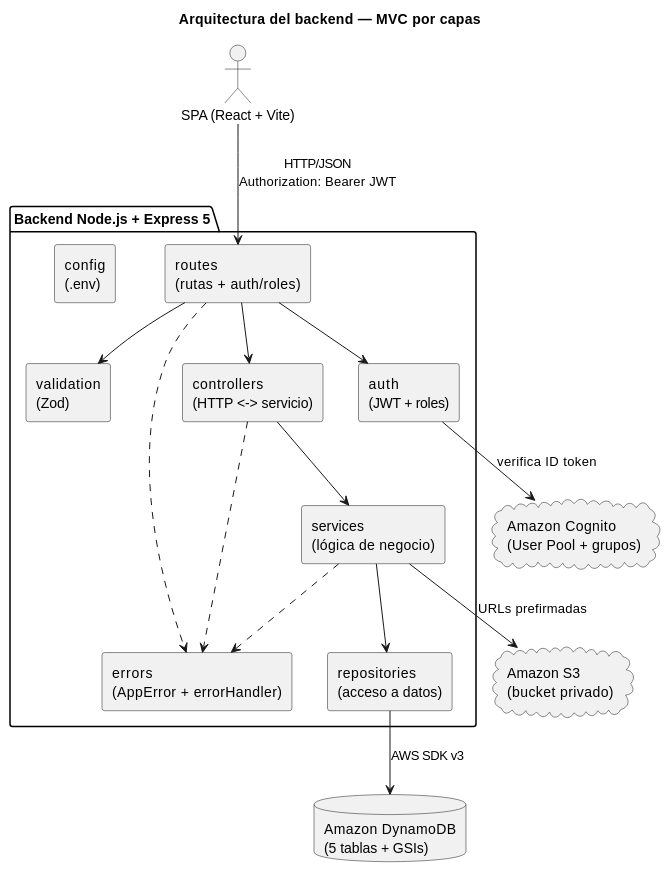
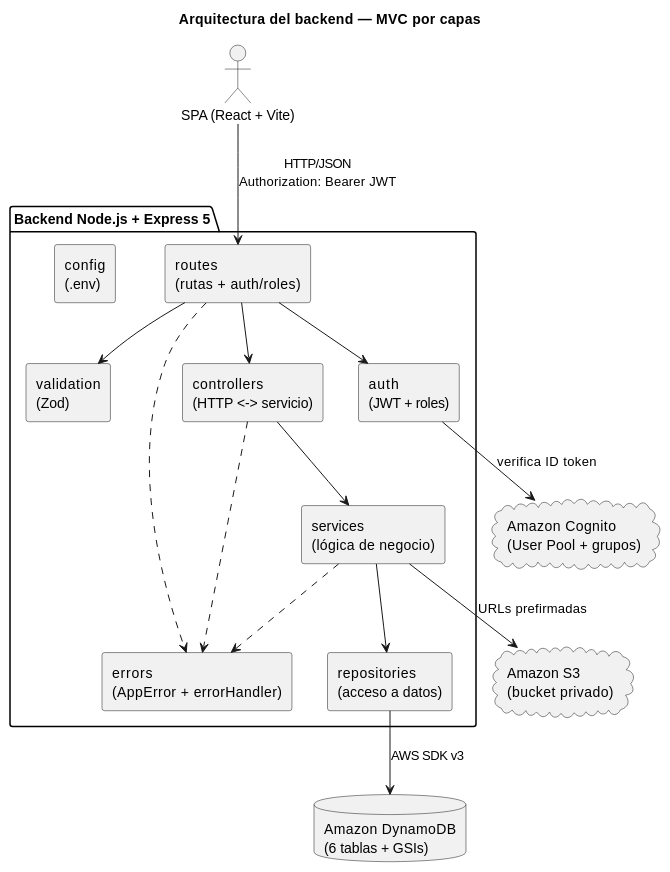
Before and after one commit to dgschahvqvc17/Concesionaria-BMW: the first of 12 diagrams in documentacion/diagramas.md, drawn with PlantUML. The commit also changed other lines of this file and 35 other files, not shown here.

````diff
--- a/documentacion/diagramas.md
+++ b/documentacion/diagramas.md
@@ -33,37 +34,37 @@
 ```plantuml
 @startuml
 title Arquitectura del backend — MVC por capas
 skinparam componentStyle rectangle
 skinparam shadowing false
 
 actor "SPA (React + Vite)" as spa
 
 package "Backend Node.js + Express 5" {
   component "routes\n(rutas + auth/roles)" as routes
   component "validation\n(Zod)" as validation
   component "controllers\n(HTTP <-> servicio)" as controllers
   component "services\n(lógica de negocio)" as services
   component "repositories\n(acceso a datos)" as repositories
   component "errors\n(AppError + errorHandler)" as errors
   component "auth\n(JWT + roles)" as auth
   component "config\n(.env)" as config
 }
 
-database "Amazon DynamoDB\n(5 tablas + GSIs)" as ddb
+database "Amazon DynamoDB\n(6 tablas + GSIs)" as ddb
 cloud "Amazon S3\n(bucket privado)" as s3
 cloud "Amazon Cognito\n(User Pool + grupos)" as cognito
 
 spa --> routes : HTTP/JSON\nAuthorization: Bearer JWT
 routes --> auth
 routes --> validation
 routes --> controllers
 controllers --> services
 services --> repositories
 repositories --> ddb : AWS SDK v3
 services --> s3 : URLs prefirmadas
 auth --> cognito : verifica ID token
 controllers ..> errors
 services ..> errors
 routes ..> errors
 @enduml
 ```
````
